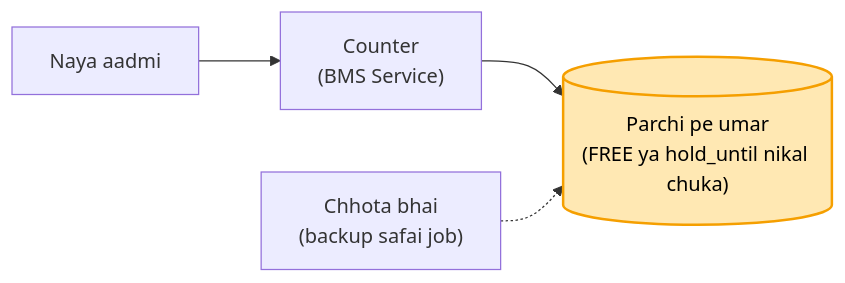
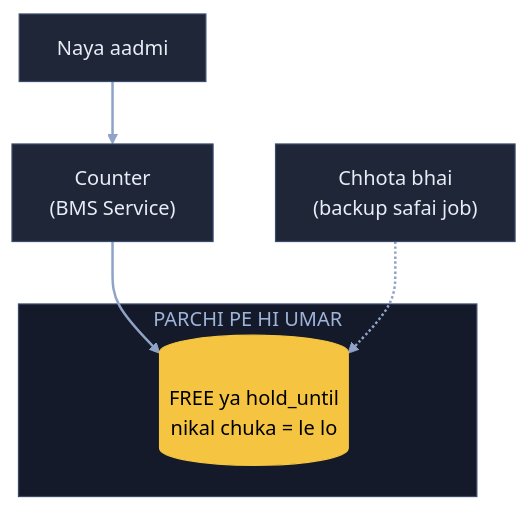
One commit to ArpanMaheshwari144/Prep changed the third of 6 diagrams in 04_HLD/SYSTEM_DESIGNS/09_bookmyshow/09_bookmyshow.md. Above: the diagram before and after it, drawn with Mermaid. The commit also changed other lines of this file, not shown here.

Commit message:
BMS: 6 diagram YouTube (reel) wale card andaaz me

````diff
--- a/04_HLD/SYSTEM_DESIGNS/09_bookmyshow/09_bookmyshow.md
+++ b/04_HLD/SYSTEM_DESIGNS/09_bookmyshow/09_bookmyshow.md
@@ -75,7 +96,18 @@
 ```mermaid
-flowchart LR
-    N["Naya aadmi"] --> S["Counter<br/>(BMS Service)"]
-    S --> D[("Parchi pe umar<br/>(FREE ya hold_until nikal chuka)")]
-    J["Chhota bhai<br/>(backup safai job)"] -.-> D
-    style D fill:#ffe8b3,stroke:#f59f00,stroke-width:2px,color:#000
+flowchart TB
+    N["Naya aadmi"]:::card
+    S["Counter<br/>(BMS Service)"]:::card
+    subgraph PU["PARCHI PE HI UMAR"]
+        D[("FREE ya hold_until<br/>nikal chuka = le lo")]:::pill
+    end
+    J["Chhota bhai<br/>(backup safai job)"]:::card
+    N --> S
+    S --> D
+    J -.-> D
+    linkStyle default stroke:#8fa3c7,stroke-width:2px
+    classDef card fill:#1e2638,stroke:#3a4a6b,color:#e8ecf5
+    classDef pill fill:#f5c542,stroke:#f5c542,color:#000
+    classDef good fill:#2e7d4f,stroke:#3fbf6f,color:#fff
+    classDef bad fill:#5c1f24,stroke:#e05561,color:#fff
+    style PU fill:#141a29,stroke:#3a4a6b,color:#9fb3d9
 ```
````
